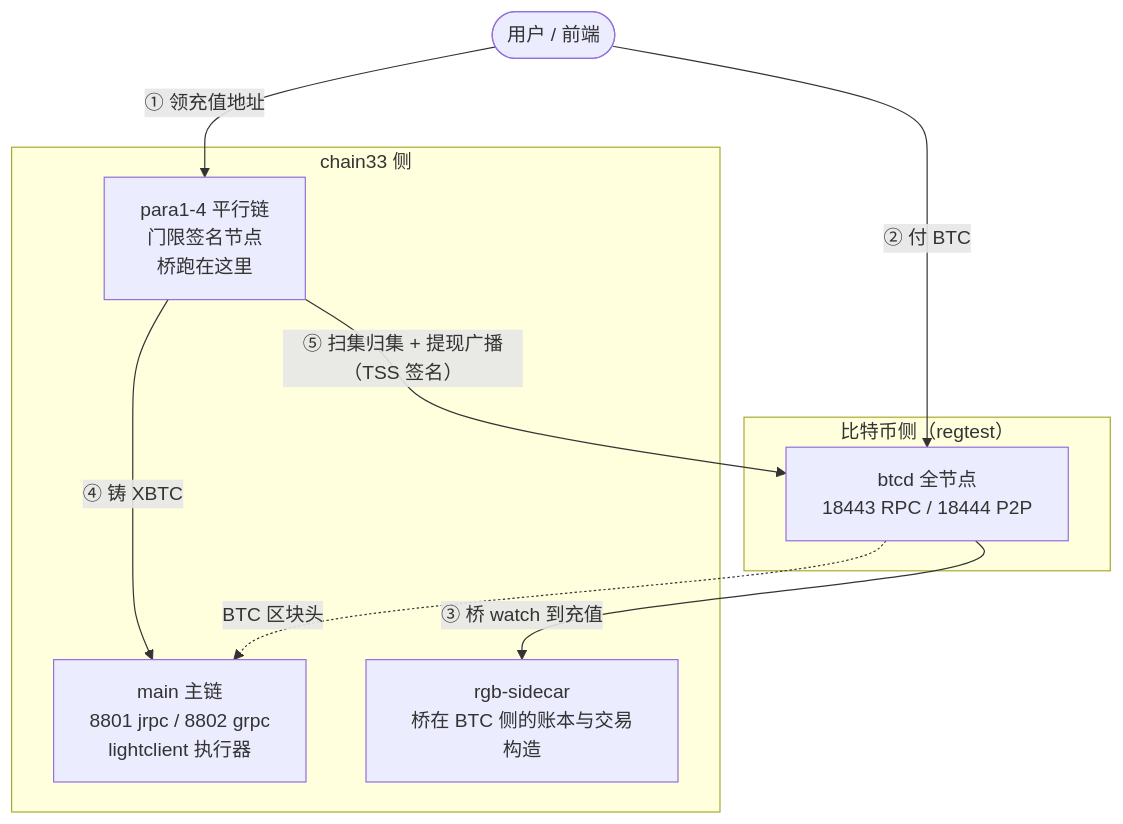
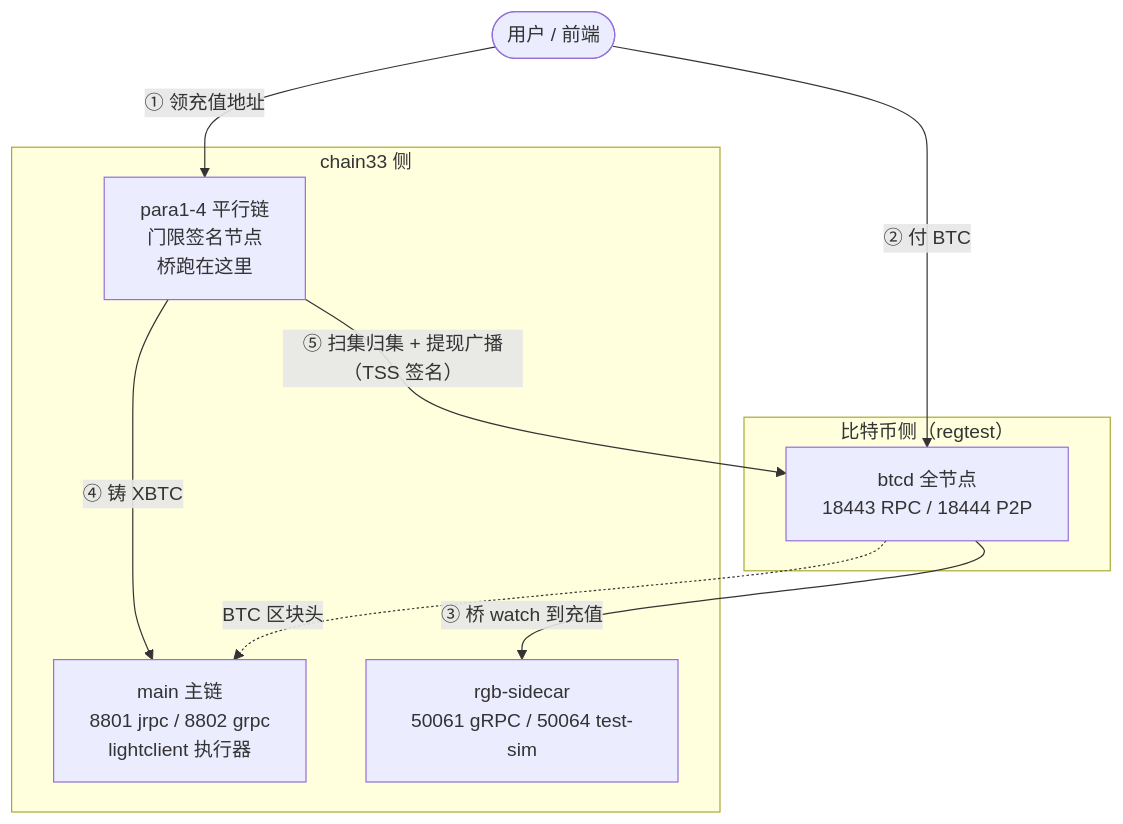
Before and after one commit to bysomeone/garden: the diagram in notes/tech/rgb/btc-crosschain-demo-guide.md, drawn with Mermaid. The commit also changed other lines of this file, not shown here.

First line of the commit message:
docs(rgb): describe the demo environment instead of explaining it

````diff
--- a/notes/tech/rgb/btc-crosschain-demo-guide.md
+++ b/notes/tech/rgb/btc-crosschain-demo-guide.md
@@ -13,20 +20,20 @@
 ```mermaid
 flowchart TB
     subgraph btc["比特币侧（regtest）"]
         btcd["btcd 全节点<br/>18443 RPC / 18444 P2P"]
     end
 
     subgraph c33["chain33 侧"]
         main["main 主链<br/>8801 jrpc / 8802 grpc<br/>lightclient 执行器"]
         para["para1-4 平行链<br/>门限签名节点<br/>桥跑在这里"]
-        sidecar["rgb-sidecar<br/>桥在 BTC 侧的账本与交易构造"]
+        sidecar["rgb-sidecar<br/>50061 gRPC / 50064 test-sim"]
     end
 
     user(["用户 / 前端"])
     user -->|"① 领充值地址"| para
     user -->|"② 付 BTC"| btcd
     btcd -->|"③ 桥 watch 到充值"| sidecar
     para -->|"④ 铸 XBTC"| main
     btcd -.->|"BTC 区块头"| main
     para -->|"⑤ 扫集归集 + 提现广播（TSS 签名）"| btcd
 ```
````
